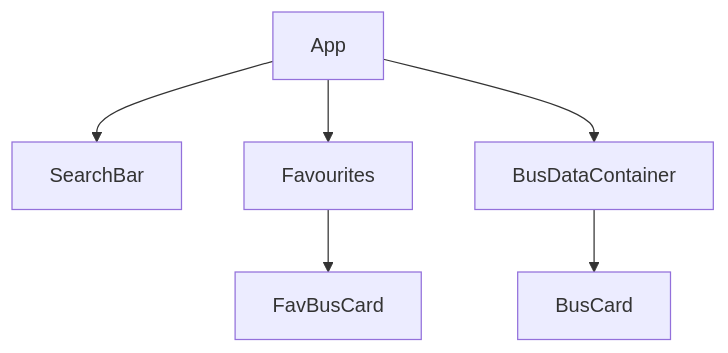
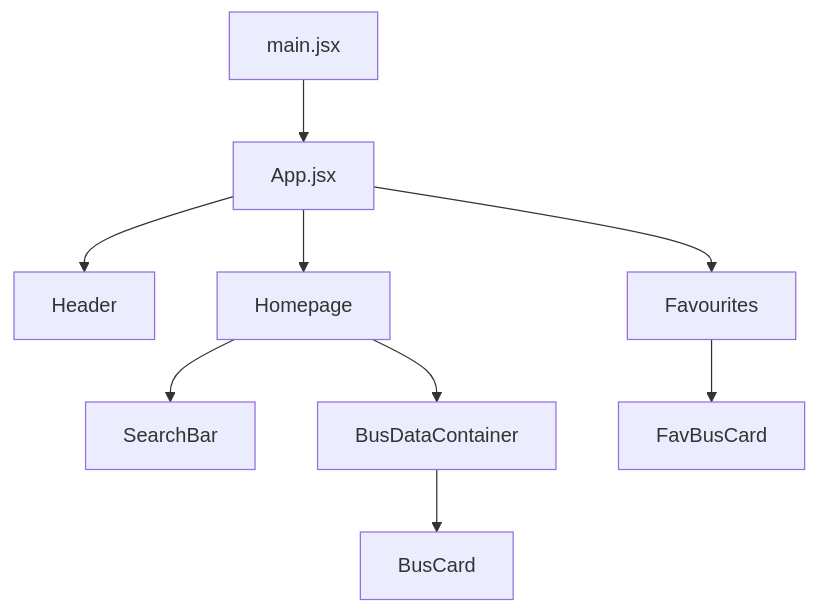
The diagram in README.md (i170001/bus-arrival-app-using-ltas-api), drawn with Mermaid before and after one commit.

````diff
--- a/README.md
+++ b/README.md
@@ -16,8 +16,11 @@
 ```mermaid
 graph TD
-  A[App] --> B[SearchBar]
-  A --> C[Favourites]
-  A --> D[BusDataContainer]
-  D --> E[BusCard]
-  C --> F[FavBusCard]
+  A[main.jsx] --> B[App.jsx]
+  B --> C[Header]
+  B --> D[Homepage]
+  B --> E[Favourites]
+  D --> F[SearchBar]
+  D --> G[BusDataContainer]
+  E --> H[FavBusCard]
+  G --> I[BusCard]
   ```
````
